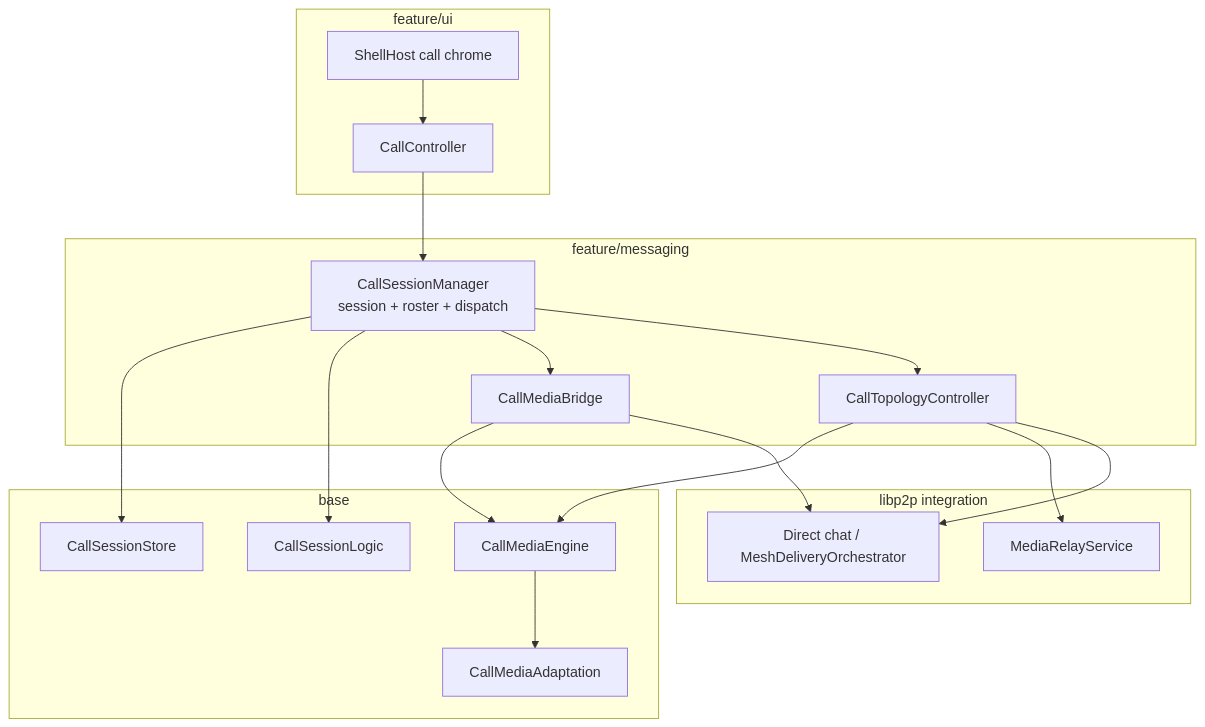
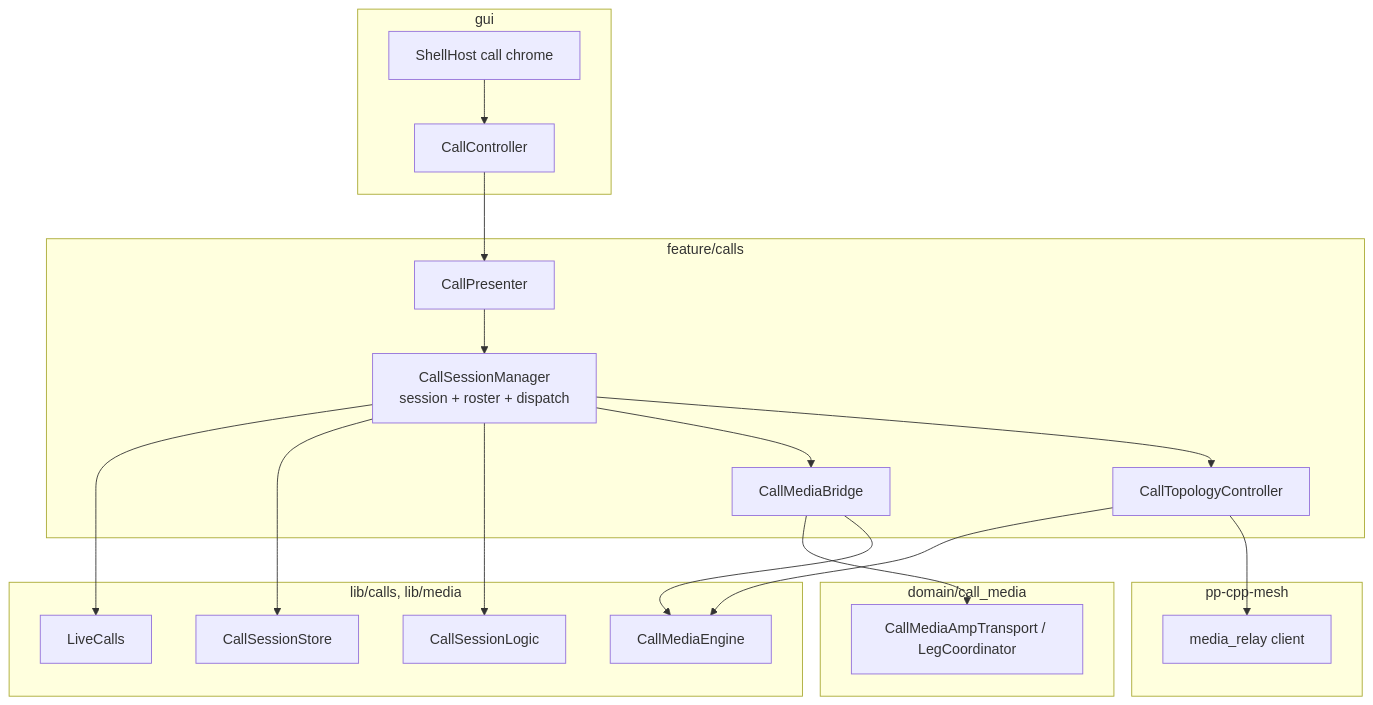
One commit to people-post/pp-browser changed the second of 4 diagrams in docs/architecture/CALLS.md. Above: the diagram before and after it, drawn with Mermaid. The commit also changed other lines of this file and 5 other files, not shown here.

````diff
--- a/docs/architecture/CALLS.md
+++ b/docs/architecture/CALLS.md
@@ -146,34 +145,37 @@
 ```mermaid
 flowchart TB
-  subgraph ui [feature/ui]
+  subgraph gui [gui]
     CC[CallController]
     Shell[ShellHost call chrome]
   end
-  subgraph feature [feature/messaging]
+  subgraph feature [feature/calls]
+    CP[CallPresenter]
     CSM[CallSessionManager<br/>session + roster + dispatch]
     L2P[CallMediaBridge]
     Topo[CallTopologyController]
   end
-  subgraph base [base]
+  subgraph domain [domain/call_media]
+    Amp[CallMediaAmpTransport / LegCoordinator]
+  end
+  subgraph lib [lib/calls, lib/media]
+    Live[LiveCalls]
     Store[CallSessionStore]
     Logic[CallSessionLogic]
     Eng[CallMediaEngine]
-    Adapt[CallMediaAdaptation]
   end
-  subgraph mesh [libp2p integration]
-    DM[Direct chat / MeshDeliveryOrchestrator]
-    MR[MediaRelayService]
+  subgraph mesh [pp-cpp-mesh]
+    MR[media_relay client]
   end
-  CC --> CSM
   Shell --> CC
+  CC --> CP
+  CP --> CSM
+  CSM --> Live
   CSM --> Store
   CSM --> Logic
   CSM --> L2P
   CSM --> Topo
+  L2P --> Amp
   L2P --> Eng
-  L2P --> DM
   Topo --> Eng
   Topo --> MR
-  Topo --> DM
-  Eng --> Adapt
 ```
````
